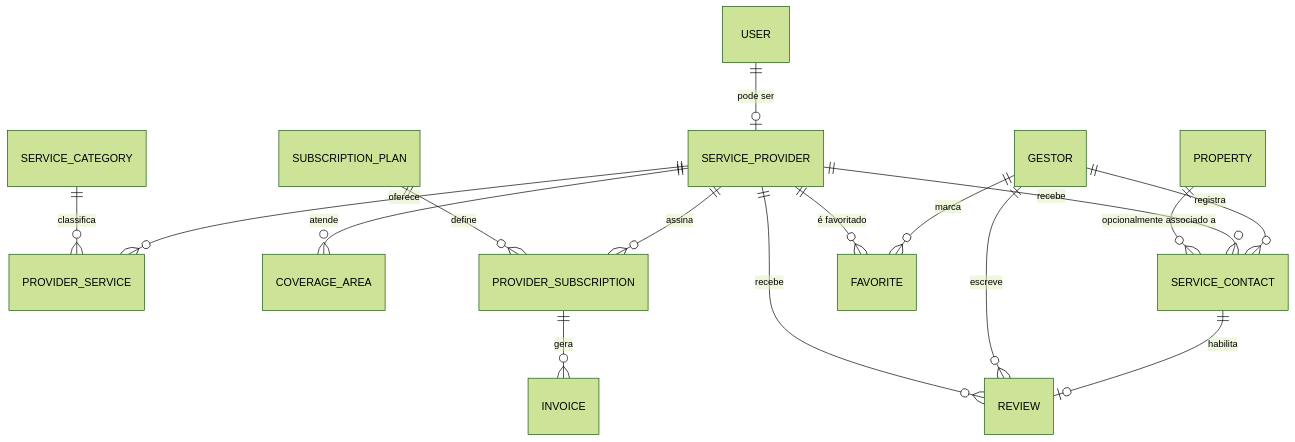
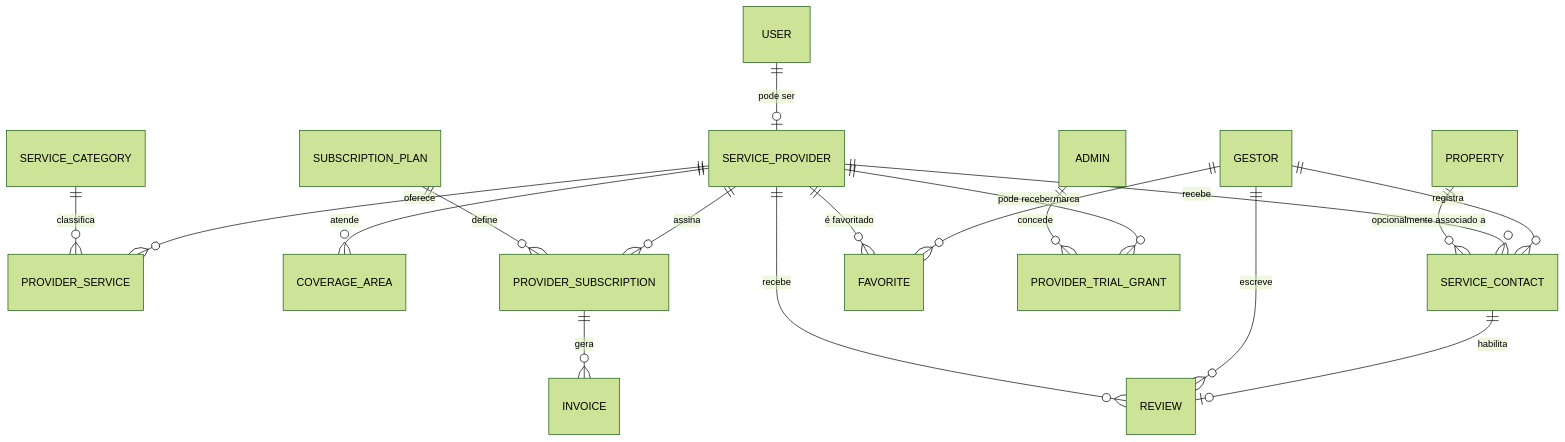
One commit to renanrba/AMSA changed the first of 4 diagrams in docs/analise-marketplace-prestadores-servico.md. Above: the diagram before and after it, drawn with Mermaid (forest theme). The commit also changed other lines of this file, not shown here.

````diff
--- a/docs/analise-marketplace-prestadores-servico.md
+++ b/docs/analise-marketplace-prestadores-servico.md
@@ -156,18 +175,20 @@
 ```mermaid
 erDiagram
     USER ||--o| SERVICE_PROVIDER : "pode ser"
     SERVICE_PROVIDER ||--o{ PROVIDER_SERVICE : oferece
     SERVICE_CATEGORY ||--o{ PROVIDER_SERVICE : classifica
     SERVICE_PROVIDER ||--o{ COVERAGE_AREA : atende
     SERVICE_PROVIDER ||--o{ PROVIDER_SUBSCRIPTION : assina
     SUBSCRIPTION_PLAN ||--o{ PROVIDER_SUBSCRIPTION : define
     PROVIDER_SUBSCRIPTION ||--o{ INVOICE : gera
     GESTOR ||--o{ SERVICE_CONTACT : registra
     SERVICE_PROVIDER ||--o{ SERVICE_CONTACT : recebe
     SERVICE_CONTACT ||--o| REVIEW : habilita
     GESTOR ||--o{ REVIEW : escreve
     SERVICE_PROVIDER ||--o{ REVIEW : recebe
     GESTOR ||--o{ FAVORITE : marca
     SERVICE_PROVIDER ||--o{ FAVORITE : "é favoritado"
     PROPERTY ||--o{ SERVICE_CONTACT : "opcionalmente associado a"
+    SERVICE_PROVIDER ||--o{ PROVIDER_TRIAL_GRANT : "pode receber"
+    ADMIN ||--o{ PROVIDER_TRIAL_GRANT : concede
 ```
````
